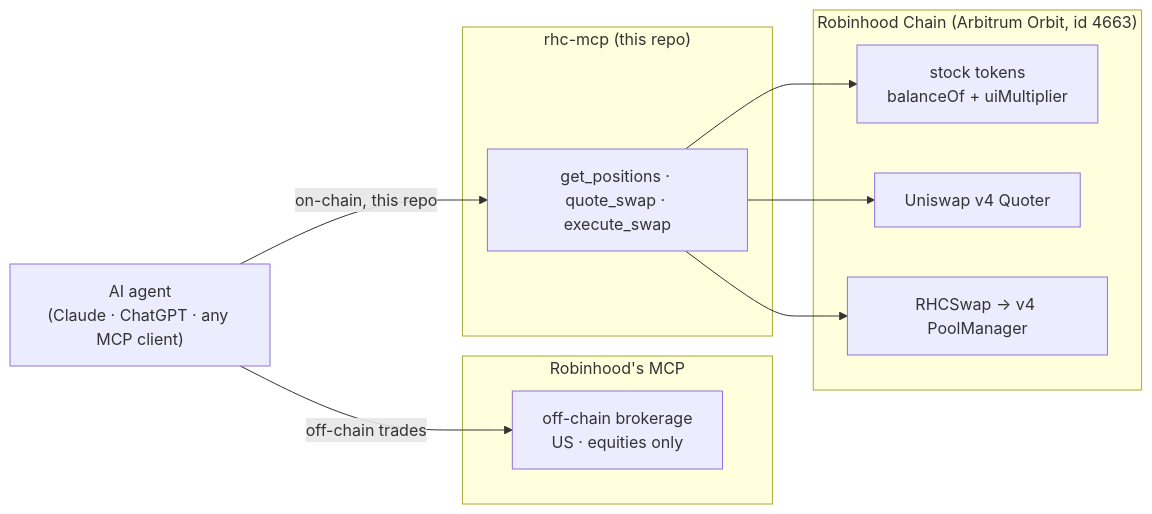
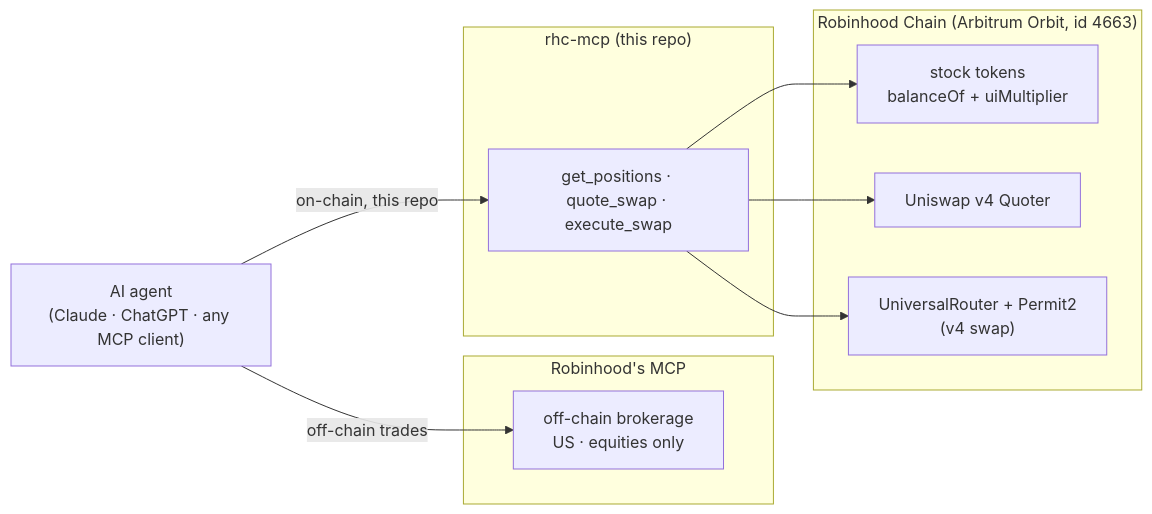
One commit to jumpboxtech/rhc-mcp changed the diagram in README.md. Above: the diagram before and after it, drawn with Mermaid. The commit also changed other lines of this file and 6 other files, not shown here.

First line of the commit message:
execute_swap: route through UniversalRouter directly, drop the deploy step

````diff
--- a/README.md
+++ b/README.md
@@ -21,20 +24,20 @@
 ```mermaid
 flowchart LR
     A["AI agent<br/>(Claude · ChatGPT · any MCP client)"]
     subgraph RH["Robinhood's MCP"]
       O["off-chain brokerage<br/>US · equities only"]
     end
     subgraph THIS["rhc-mcp (this repo)"]
       T["get_positions · quote_swap · execute_swap"]
     end
     subgraph CHAIN["Robinhood Chain (Arbitrum Orbit, id 4663)"]
       R["stock tokens<br/>balanceOf + uiMultiplier"]
       Q["Uniswap v4 Quoter"]
-      S["RHCSwap → v4 PoolManager"]
+      S["UniversalRouter + Permit2<br/>(v4 swap)"]
     end
     A -->|off-chain trades| O
     A -->|on-chain, this repo| T
     T --> R
     T --> Q
     T --> S
 ```
````
